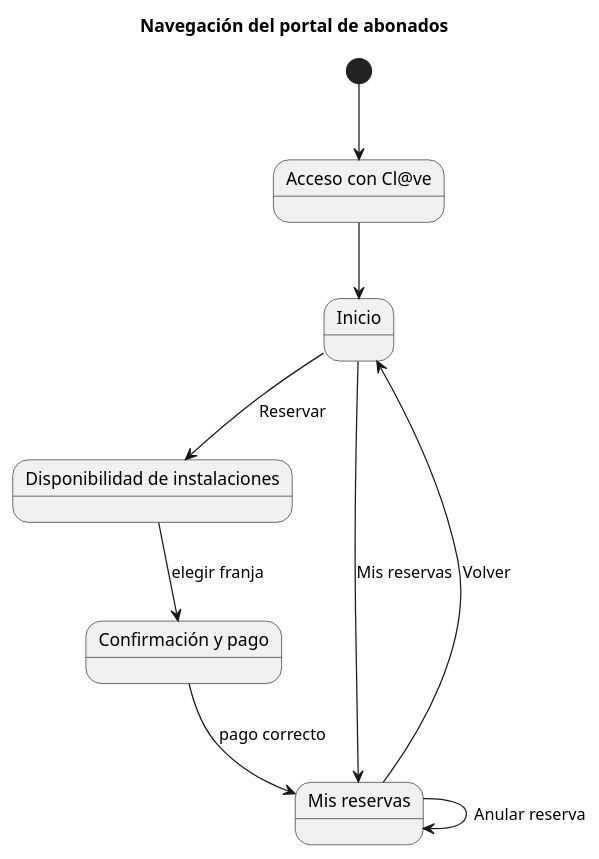
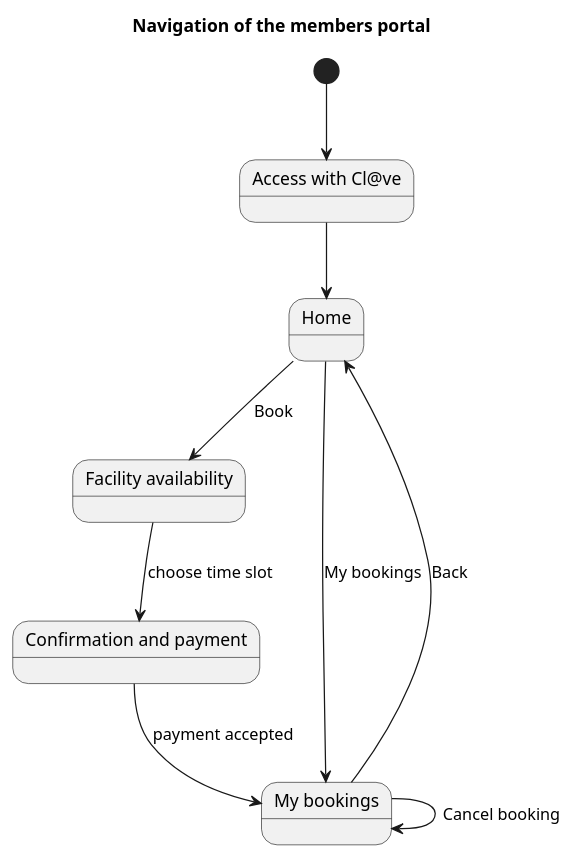
The diagram in archetypes/en_us/projects/sample-sports-center/assets/diagrama-navegacion.puml (proteus-University-of-Seville/profile-madeja), drawn with PlantUML before and after one commit. The commit also changed 16 other files, not shown here.

First line of the commit message:
Translate the diagrams of the English sample to English

```diff
--- a/archetypes/en_us/projects/sample-sports-center/assets/diagrama-navegacion.puml
+++ b/archetypes/en_us/projects/sample-sports-center/assets/diagrama-navegacion.puml
@@ -1,17 +1,17 @@
 @startuml
 skinparam defaultFontName Arial
-title Navegación del portal de abonados
-state "Acceso con Cl@ve" as acceso
-state "Inicio" as inicio
-state "Disponibilidad de instalaciones" as disponibilidad
-state "Confirmación y pago" as confirmacion
-state "Mis reservas" as misreservas
-[*] --> acceso
-acceso --> inicio
-inicio --> disponibilidad : Reservar
-inicio --> misreservas : Mis reservas
-disponibilidad --> confirmacion : elegir franja
-confirmacion --> misreservas : pago correcto
-misreservas --> inicio : Volver
-misreservas --> misreservas : Anular reserva
+title Navigation of the members portal
+state "Access with Cl@ve" as access
+state "Home" as home
+state "Facility availability" as availability
+state "Confirmation and payment" as confirmation
+state "My bookings" as mybookings
+[*] --> access
+access --> home
+home --> availability : Book
+home --> mybookings : My bookings
+availability --> confirmation : choose time slot
+confirmation --> mybookings : payment accepted
+mybookings --> home : Back
+mybookings --> mybookings : Cancel booking
 @enduml
```
